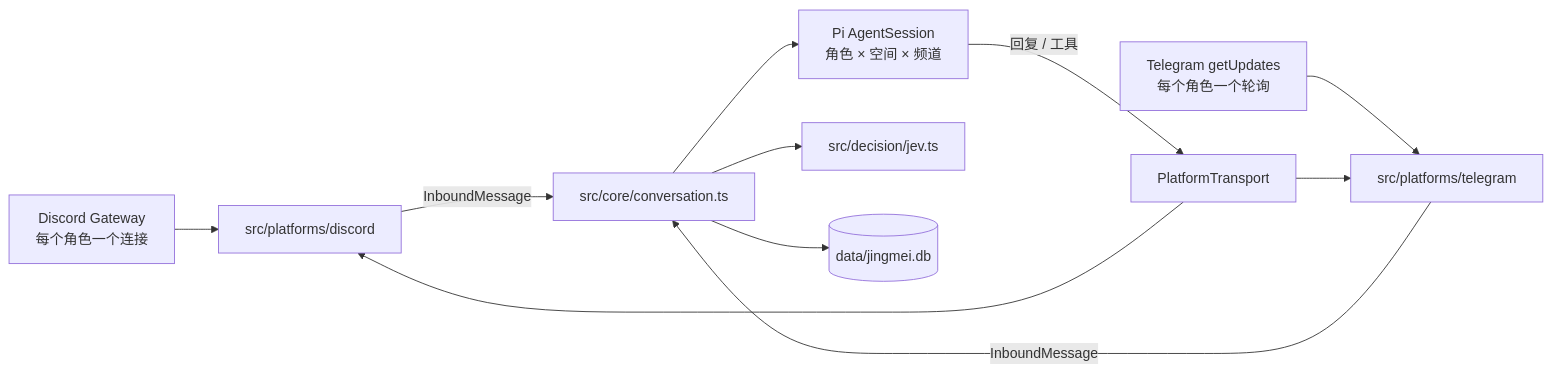
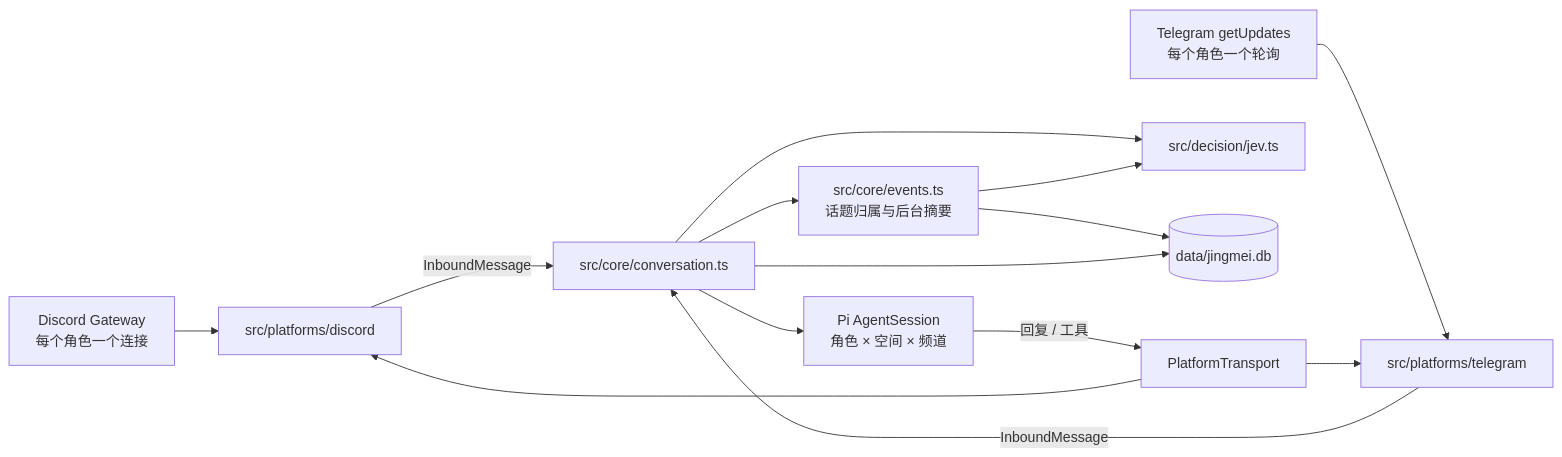
Before and after one commit to beiwater/jingmei: the first of 2 diagrams in docs/architecture.md, drawn with Mermaid. The commit also changed other lines of this file and 25 other files, not shown here.

````diff
--- a/docs/architecture.md
+++ b/docs/architecture.md
@@ -9,13 +9,16 @@
 ```mermaid
 flowchart LR
   DG[Discord Gateway<br/>每个角色一个连接] --> DA[src/platforms/discord]
   TG[Telegram getUpdates<br/>每个角色一个轮询] --> TA[src/platforms/telegram]
   DA -- InboundMessage --> C[src/core/conversation.ts]
   TA -- InboundMessage --> C
   C --> S[Pi AgentSession<br/>角色 × 空间 × 频道]
   C --> J[src/decision/jev.ts]
+  C --> EV[src/core/events.ts<br/>话题归属与后台摘要]
+  EV --> J
+  EV --> DB
   C --> DB[(data/jingmei.db)]
   S -- 回复 / 工具 --> PT[PlatformTransport]
   PT --> DA
   PT --> TA
 ```
````
